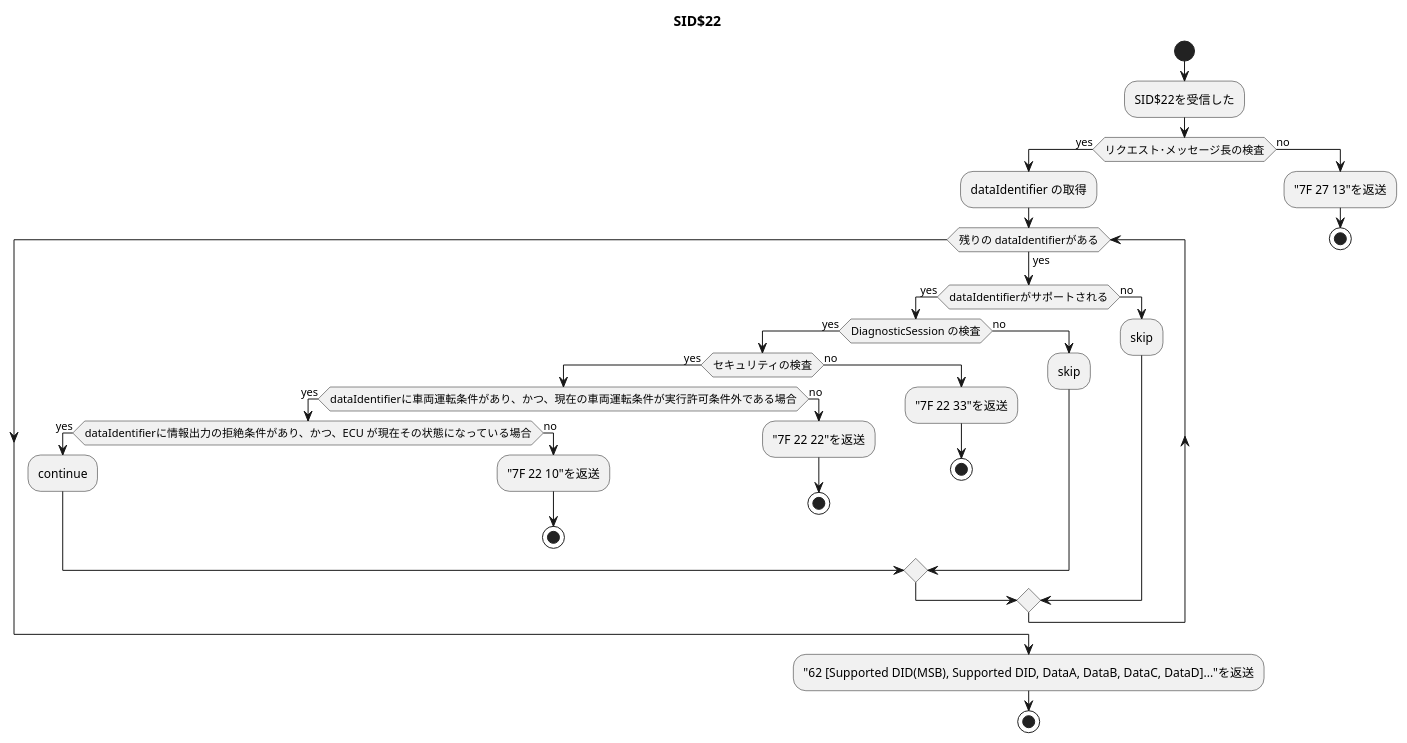
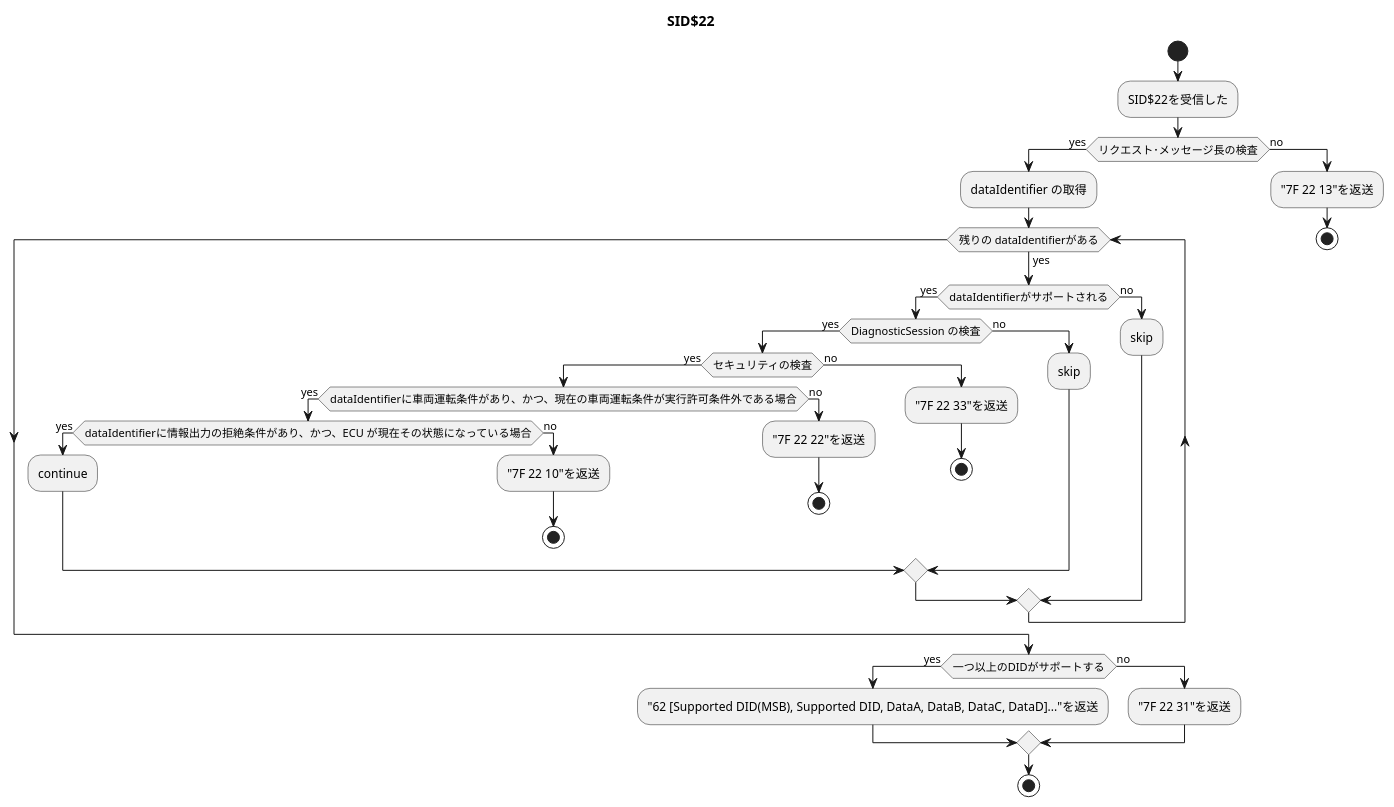
One commit to JiaxiaoH/ecu-simulator changed the diagram in UML/SID_0x22.puml. Above: the diagram before and after it, drawn with PlantUML. The commit also changed 18 other files, not shown here.

```diff
--- a/UML/SID_0x22.puml
+++ b/UML/SID_0x22.puml
@@ -1,39 +1,43 @@
 @startuml SID$22
 title SID$22
 start
 :SID$22を受信した;
 if(リクエスト･メッセージ長の検査) then(yes)
     :dataIdentifier の取得;
     while(残りの dataIdentifierがある)is(yes)
         if(dataIdentifierがサポートされる) then (yes)
             if(DiagnosticSession の検査) then (yes)
                 if(セキュリティの検査) then (yes)
                     if(dataIdentifierに車両運転条件があり、かつ、現在の車両運転条件が実行許可条件外である場合) then (yes)
                         if(dataIdentifierに情報出力の拒絶条件があり、かつ、ECU が現在その状態になっている場合)then(yes)
                             :continue;
                         else(no)
                             :"7F 22 10"を返送;
                             stop
                         endif
                     else(no)
                         :"7F 22 22"を返送;
                         stop
                     endif
                 else(no)
                     :"7F 22 33"を返送;
                     stop
                 endif
             else(no)
                 :skip;
             endif
         else(no)
             :skip;
         endif
     endwhile
-    :"62 [Supported DID(MSB), Supported DID, DataA, DataB, DataC, DataD]..."を返送;
+    if(一つ以上のDIDがサポートする) then (yes)
+        :"62 [Supported DID(MSB), Supported DID, DataA, DataB, DataC, DataD]..."を返送;
+    else(no)
+        :"7F 22 31"を返送;
+    endif
     stop
 else(no)
-    :"7F 27 13"を返送;
+    :"7F 22 13"を返送;
     stop
 endif
 @enduml
```
